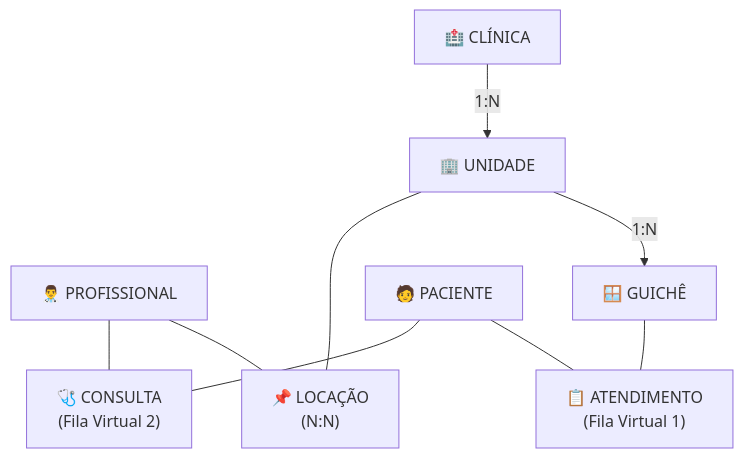
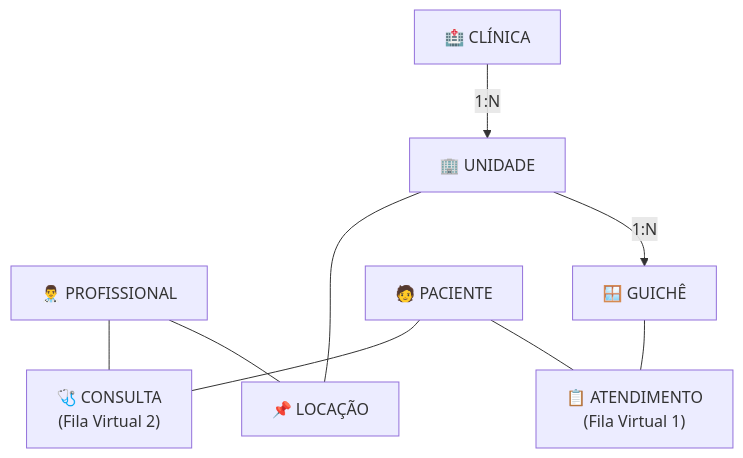
One commit to aguardai/aguard.ai-web-app changed the second of 4 diagrams in entregas/entrega-02.md. Above: the diagram before and after it, drawn with Mermaid. The commit also changed other lines of this file and 4 other files, not shown here.

````diff
--- a/entregas/entrega-02.md
+++ b/entregas/entrega-02.md
@@ -122,20 +126,20 @@
 ```mermaid
 graph TD
     CLINICA["🏥 CLÍNICA"]
     UNIDADE["🏢 UNIDADE"]
     PROFISSIONAL["👨‍⚕️ PROFISSIONAL"]
     GUICHE["🪟 GUICHÊ"]
     PACIENTE["🧑 PACIENTE"]
-    LOCACAO["📌 LOCAÇÃO<br/>(N:N)"]
+    LOCACAO["📌 LOCAÇÃO"]
     ATENDIMENTO["📋 ATENDIMENTO<br/>(Fila Virtual 1)"]
     CONSULTA["🩺 CONSULTA<br/>(Fila Virtual 2)"]
 
     CLINICA -->|"1:N"| UNIDADE
     UNIDADE -->|"1:N"| GUICHE
     UNIDADE --- LOCACAO
     PROFISSIONAL --- LOCACAO
     GUICHE --- ATENDIMENTO
     PACIENTE --- ATENDIMENTO
     PROFISSIONAL --- CONSULTA
     PACIENTE --- CONSULTA
 ```
````
